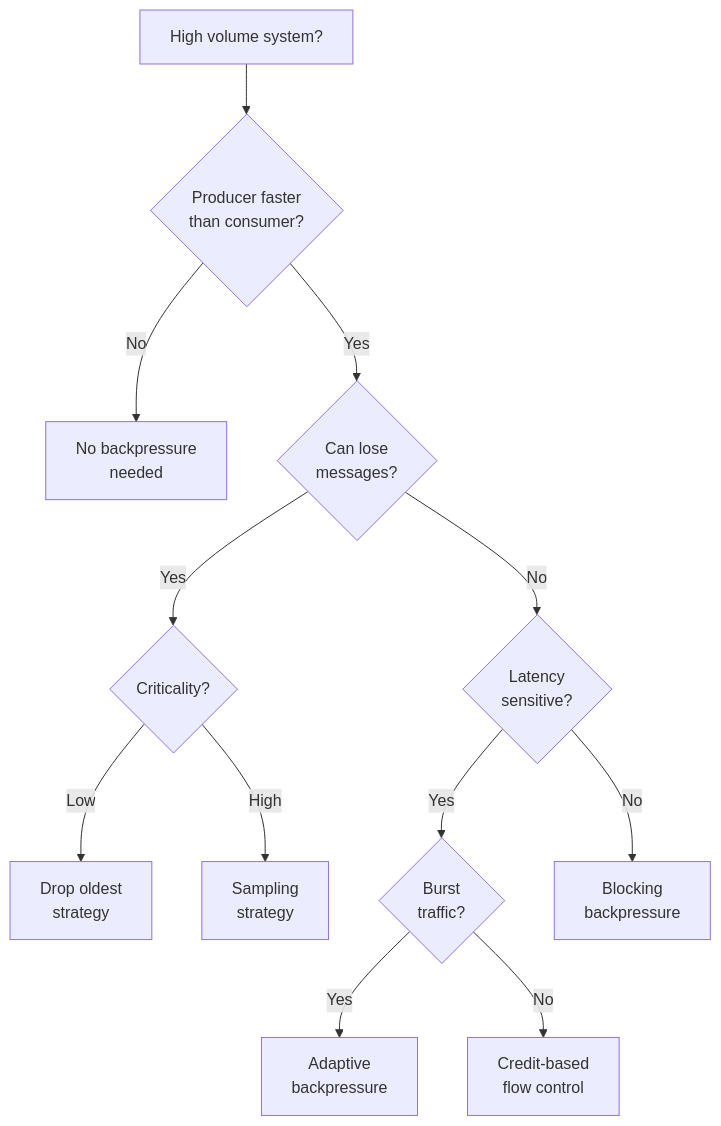
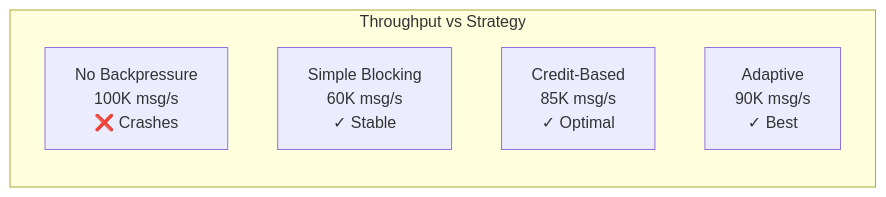
The ninth of 9 diagrams in docs/pattern-library/scaling/backpressure.md (deepaucksharma/DStudio), drawn with Mermaid before and after one commit. The commit also changed other lines of this file and 12 other files, not shown here.

````diff
--- a/docs/pattern-library/scaling/backpressure.md
+++ b/docs/pattern-library/scaling/backpressure.md
@@ -888,18 +480,9 @@
 ```mermaid
-graph TD
- Start[High volume system?] --> Q1{Producer faster<br/>than consumer?}
- Q1 -->|No| NoNeed[No backpressure<br/>needed]
- Q1 -->|Yes| Q2{Can lose<br/>messages?}
- 
- Q2 -->|Yes| Q3{Criticality?}
- Q2 -->|No| Q4{Latency<br/>sensitive?}
- 
- Q3 -->|Low| DropOldest[Drop oldest<br/>strategy]
- Q3 -->|High| Sample[Sampling<br/>strategy]
- 
- Q4 -->|Yes| Q5{Burst<br/>traffic?}
- Q4 -->|No| Block[Blocking<br/>backpressure]
- 
- Q5 -->|Yes| Adaptive[Adaptive<br/>backpressure]
- Q5 -->|No| Credit[Credit-based<br/>flow control]
+graph LR
+    subgraph "Throughput vs Strategy"
+        A[No Backpressure<br/>100K msg/s<br/>❌ Crashes] 
+        B[Simple Blocking<br/>60K msg/s<br/>✓ Stable]
+        C[Credit-Based<br/>85K msg/s<br/>✓ Optimal]
+        D[Adaptive<br/>90K msg/s<br/>✓ Best]
+    end
 ```
````
